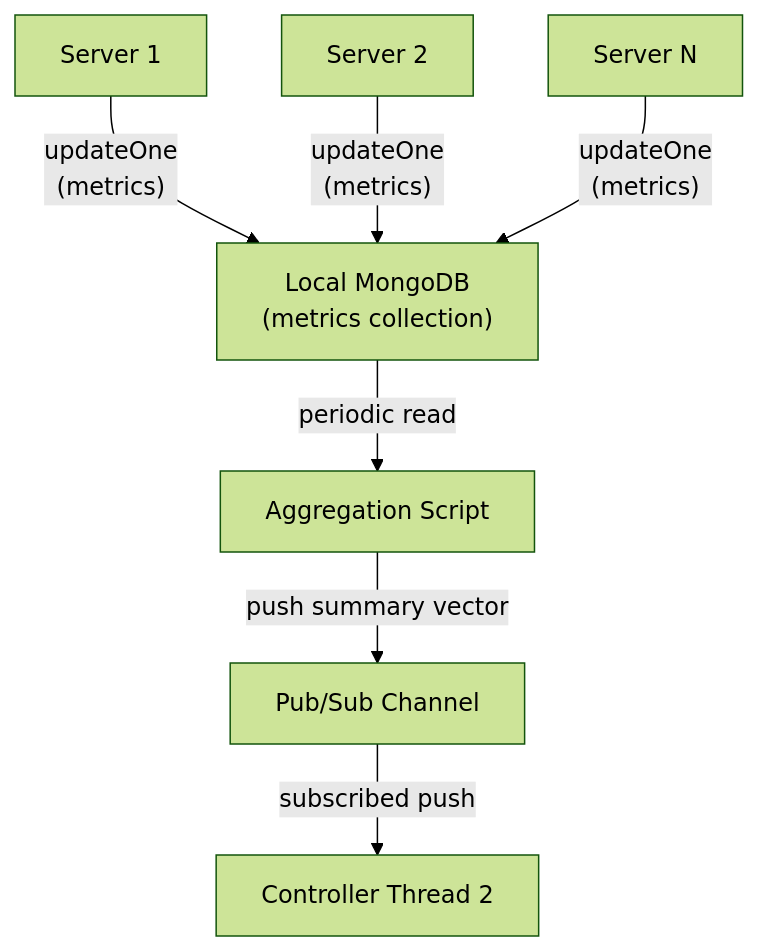
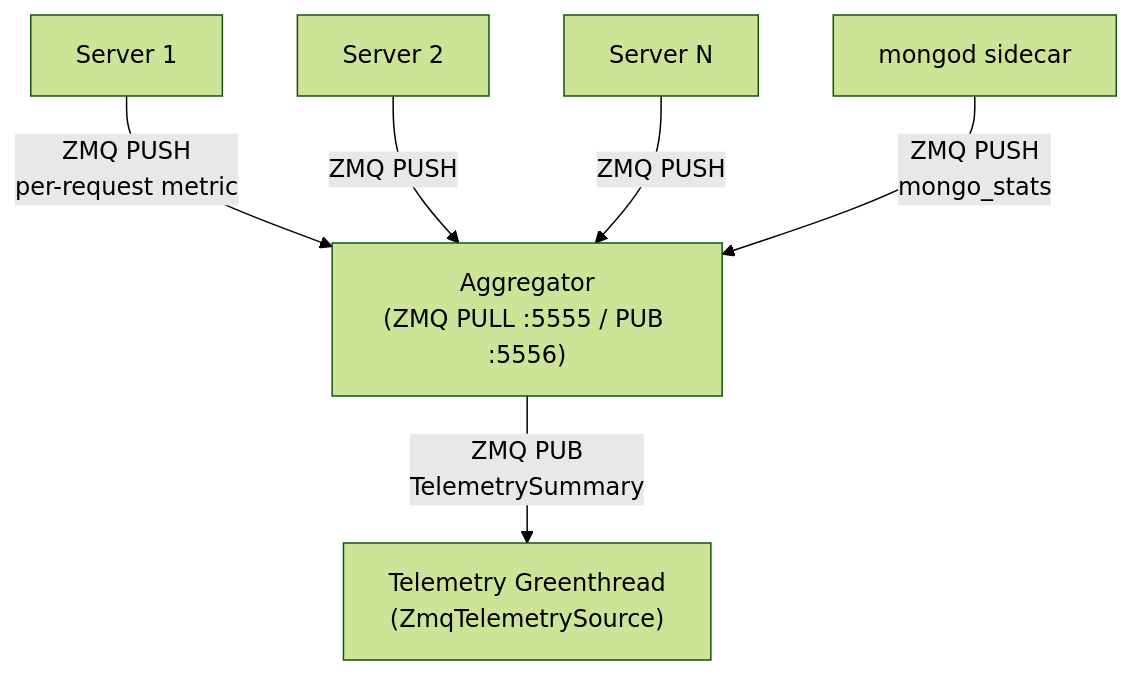
Diagram 17 of 21 in docs/operation/system_scenarios.md (poioe20p/efficient-storage-in-edge-scenarios), drawn with Mermaid (forest theme) before and after one commit. The commit also changed other lines of this file and 28 other files, not shown here.

Commit message:
- setup testing workload - setup http request with connection to db (made some fixes) wrong port and etc - controller was able to vip route both client http to server and server mongodb to db

````diff
--- a/docs/operation/system_scenarios.md
+++ b/docs/operation/system_scenarios.md
@@ -441,9 +434,8 @@
 ```mermaid
 graph TD
-    S1["Server 1"] -->|"updateOne<br/>(metrics)"| LocalMongo["Local MongoDB<br/>(metrics collection)"]
-    S2["Server 2"] -->|"updateOne<br/>(metrics)"| LocalMongo
-    S3["Server N"] -->|"updateOne<br/>(metrics)"| LocalMongo
-    LocalMongo -->|"periodic read"| AggScript["Aggregation Script"]
-    AggScript -->|"push summary vector"| PubSub["Pub/Sub Channel"]
-    PubSub -->|"subscribed push"| T2["Controller Thread 2"]
+    S1["Server 1"] -->|"ZMQ PUSH<br/>per-request metric"| Agg["Aggregator<br/>(ZMQ PULL :5555 / PUB :5556)"]
+    S2["Server 2"] -->|"ZMQ PUSH"| Agg
+    S3["Server N"] -->|"ZMQ PUSH"| Agg
+    MS["mongod sidecar"] -->|"ZMQ PUSH<br/>mongo_stats"| Agg
+    Agg -->|"ZMQ PUB<br/>TelemetrySummary"| T2["Telemetry Greenthread<br/>(ZmqTelemetrySource)"]
 ```
````
